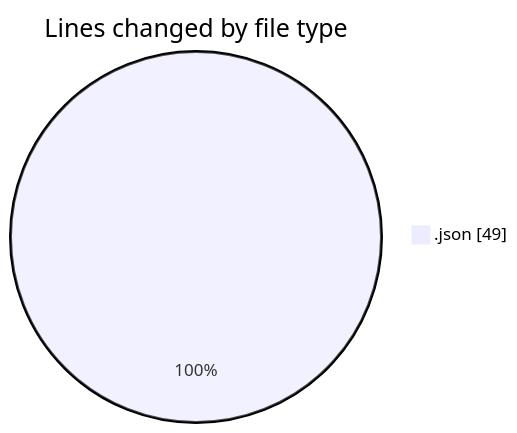
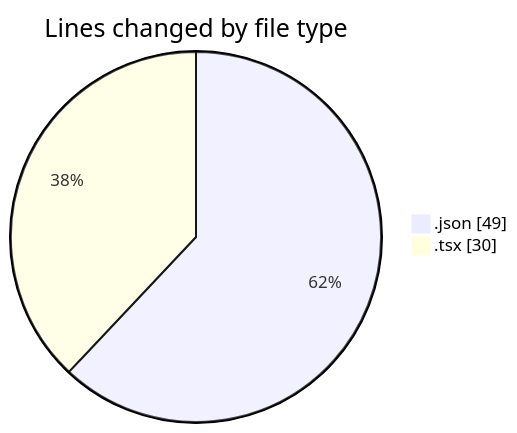
The first of 2 diagrams in 2025-08-20/cda/README.md (momahboobian/code-tracking), drawn with Mermaid before and after one commit. The commit also changed other lines of this file and 1 other file, not shown here.

````diff
--- a/2025-08-20/cda/README.md
+++ b/2025-08-20/cda/README.md
@@ -20,5 +21,6 @@
 ```mermaid
 pie showData
 title Lines changed by file type
 ".json" : 49
+".tsx" : 30
 ```
````
